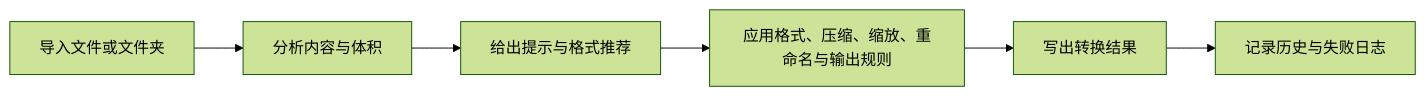
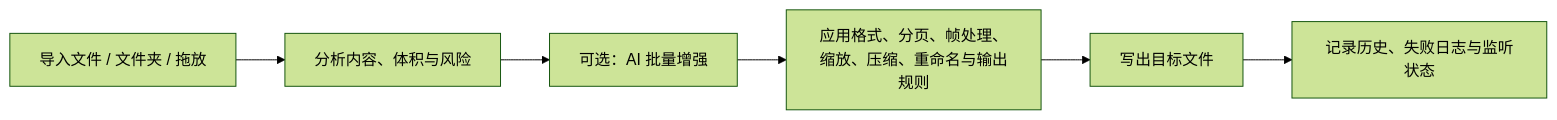
Before and after one commit to LPHYSQS/Imvix-Pro: the diagram in README.md, drawn with Mermaid (forest theme). The commit also changed other lines of this file and 3 other files, not shown here.

````diff
--- a/README.md
+++ b/README.md
@@ -58,8 +123,8 @@
 ```mermaid
 flowchart LR
-    A["导入文件或文件夹"] --> B["分析内容与体积"]
-    B --> C["给出提示与格式推荐"]
-    C --> D["应用格式、压缩、缩放、重命名与输出规则"]
-    D --> E["写出转换结果"]
-    E --> F["记录历史与失败日志"]
+    A["导入文件 / 文件夹 / 拖放"] --> B["分析内容、体积与风险"]
+    B --> C["可选：AI 批量增强"]
+    C --> D["应用格式、分页、帧处理、缩放、压缩、重命名与输出规则"]
+    D --> E["写出目标文件"]
+    E --> F["记录历史、失败日志与监听状态"]
 ```
````
